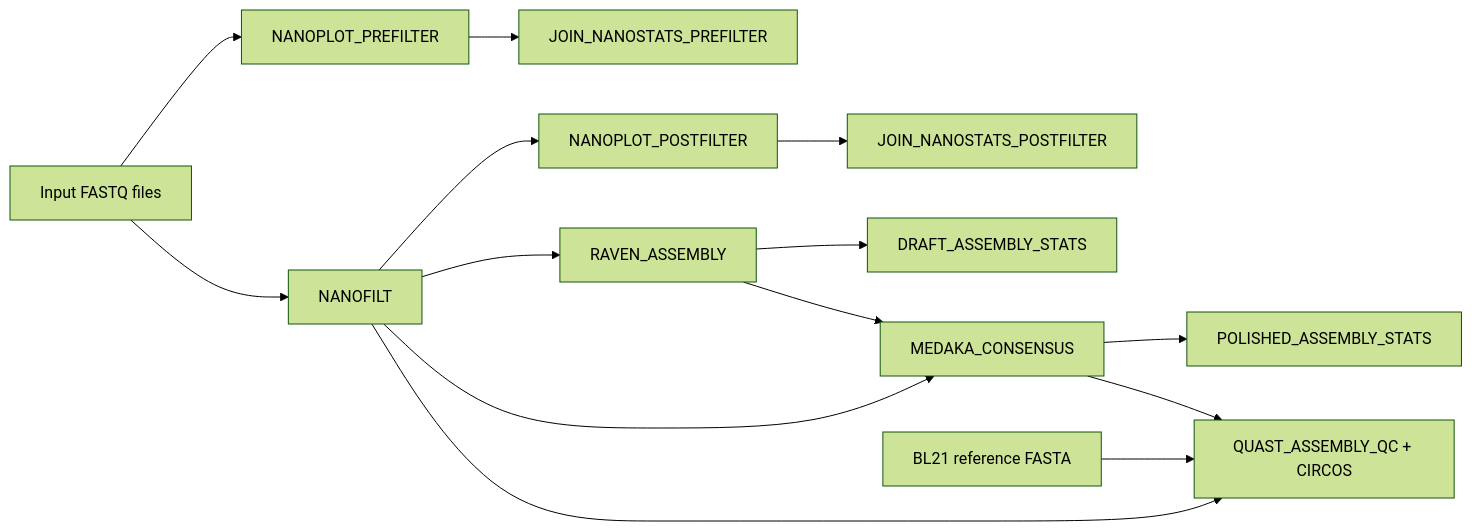
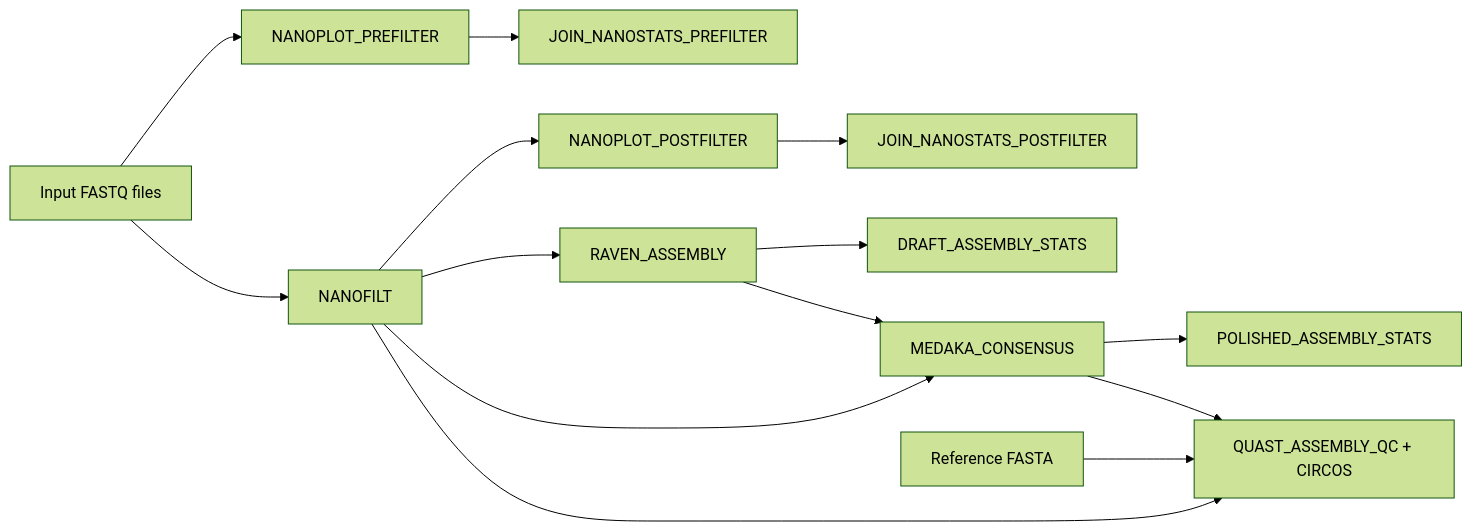
Before and after one commit to dfplazag/minion-nextflow-assembly-qc: the diagram in README.md, drawn with Mermaid (forest theme). The commit also changed other lines of this file, not shown here.

````diff
--- a/README.md
+++ b/README.md
@@ -74,16 +149,16 @@
 ```mermaid
 flowchart LR
     A[Input FASTQ files] --> B[NANOPLOT_PREFILTER]
     B --> C[JOIN_NANOSTATS_PREFILTER]
     A --> D[NANOFILT]
     D --> E[NANOPLOT_POSTFILTER]
     E --> F[JOIN_NANOSTATS_POSTFILTER]
     D --> G[RAVEN_ASSEMBLY]
     G --> H[DRAFT_ASSEMBLY_STATS]
     D --> I[MEDAKA_CONSENSUS]
     G --> I
     I --> J[POLISHED_ASSEMBLY_STATS]
     I --> K[QUAST_ASSEMBLY_QC + CIRCOS]
     D --> K
-    L[BL21 reference FASTA] --> K
+    L[Reference FASTA] --> K
 ```
````
